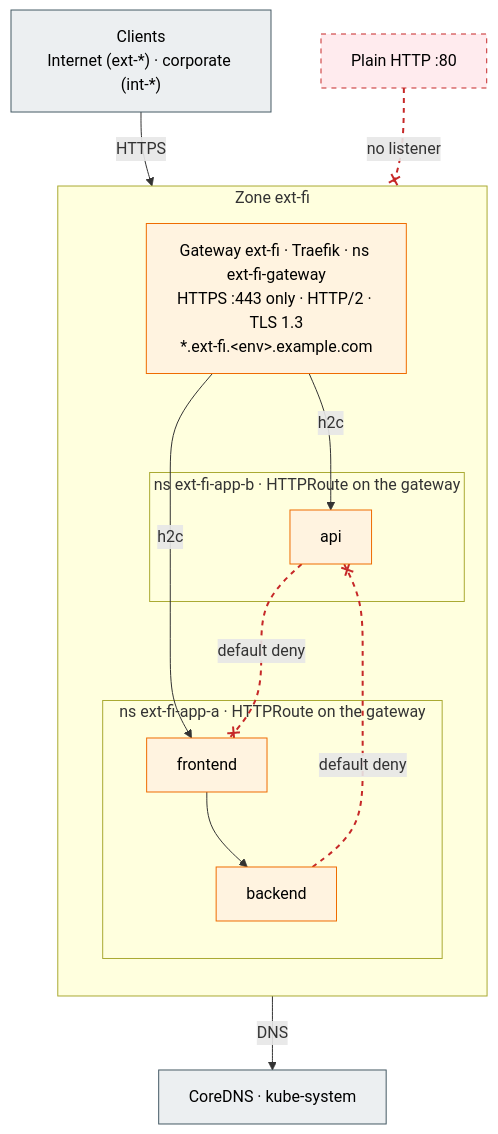
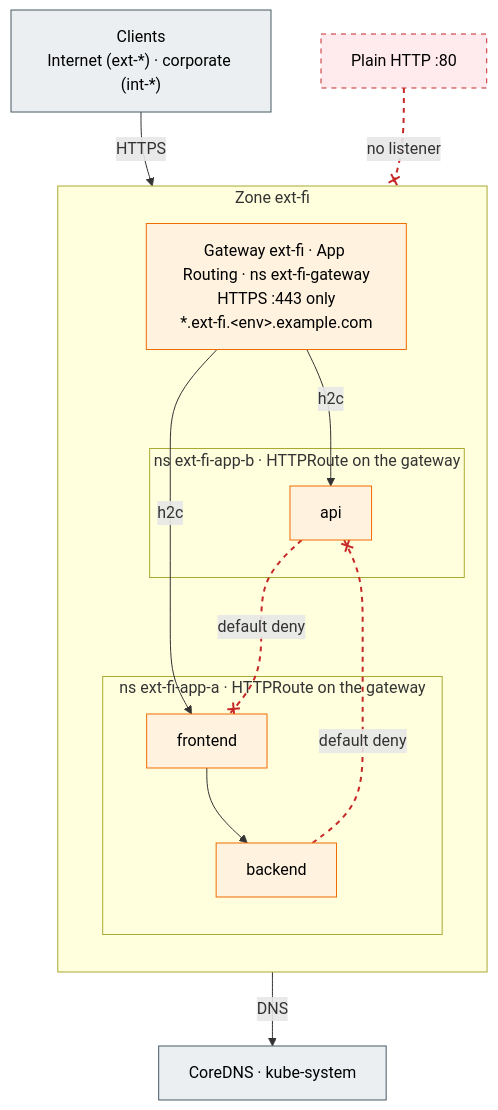
The diagram in diagrams/2.6-namespace-tenancy.mmd (onek8s/onek8s.github.io), drawn with Mermaid before and after one commit. The commit also changed 54 other files, not shown here.

First line of the commit message:
v5.0: App Routing only, managed DNS, no Traffic Manager (requirements 0.3 adjusted) (#130)

```diff
--- a/diagrams/2.6-namespace-tenancy.mmd
+++ b/diagrams/2.6-namespace-tenancy.mmd
@@ -1,32 +1,32 @@
 %% Application multi-tenancy inside one zone of a cell: a namespace per application with default-deny policies, the
-%% zone's Gateway (Traefik, D55) as the only way in, HTTPS only at the edge and h2c to the pods (D69).
+%% zone's Gateway (App Routing's Istio) as the only way in, HTTPS only at the edge and h2c to the pods (D69).
 flowchart TB
     client["Clients<br/>Internet (ext-*) · corporate (int-*)"]
     http["Plain HTTP :80"]:::off
 
     subgraph ZONE["Zone ext-fi"]
         direction TB
-        ic["Gateway ext-fi · Traefik · ns ext-fi-gateway<br/>HTTPS :443 only · HTTP/2 · TLS 1.3<br/>*.ext-fi.&lt;env&gt;.example.com"]
+        ic["Gateway ext-fi · App Routing · ns ext-fi-gateway<br/>HTTPS :443 only<br/>*.ext-fi.&lt;env&gt;.example.com"]
         subgraph A["ns ext-fi-app-a · HTTPRoute on the gateway"]
             a1["frontend"] --> a2["backend"]
         end
         subgraph B["ns ext-fi-app-b · HTTPRoute on the gateway"]
             b1["api"]
         end
     end
     dns["CoreDNS · kube-system"]
 
     client -->|"HTTPS"| ic
     http -.-x|"no listener"| ic
     ic -->|"h2c"| a1
     ic -->|"h2c"| b1
     a2 -.-x|"default deny"| b1
     b1 -.-x|"default deny"| a1
     ZONE -->|"DNS"| dns
     linkStyle 2,5,6 stroke:#c62828,stroke-width:2px,stroke-dasharray:5 5
 
     classDef ext fill:#fff3e0,stroke:#ef6c00,color:#000
     classDef cp fill:#eceff1,stroke:#455a64,color:#000
     classDef off fill:#ffebee,stroke:#c62828,color:#000,stroke-dasharray: 5 5
     class ic,a1,a2,b1 ext
     class dns,client cp
```
